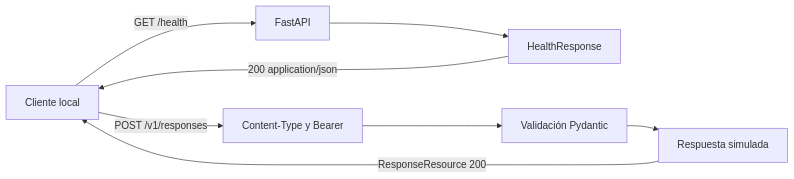
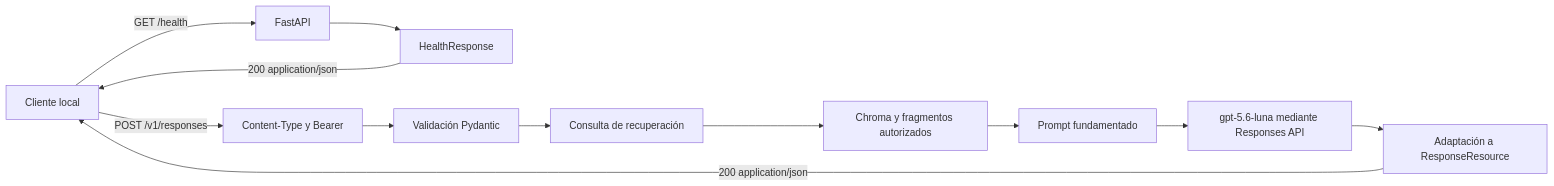
One commit to garay54/AgenteCV changed the third of 5 diagrams in docs/arquitectura.md. Above: the diagram before and after it, drawn with Mermaid. The commit also changed other lines of this file and 32 other files, not shown here.

Commit message:
Integracion de RAG con GPT 5.6 Luna

````diff
--- a/docs/arquitectura.md
+++ b/docs/arquitectura.md
@@ -77,10 +77,14 @@
 ```mermaid
 flowchart LR
     C[Cliente local] -->|GET /health| F[FastAPI]
     F --> H[HealthResponse]
     H -->|200 application/json| C
     C -->|POST /v1/responses| A[Content-Type y Bearer]
     A --> V[Validación Pydantic]
-    V --> M[Respuesta simulada]
-    M -->|ResponseResource 200| C
+    V --> Q[Consulta de recuperación]
+    Q --> R[Chroma y fragmentos autorizados]
+    R --> P[Prompt fundamentado]
+    P --> L[gpt-5.6-luna mediante Responses API]
+    L --> M[Adaptación a ResponseResource]
+    M -->|200 application/json| C
 ```
````
